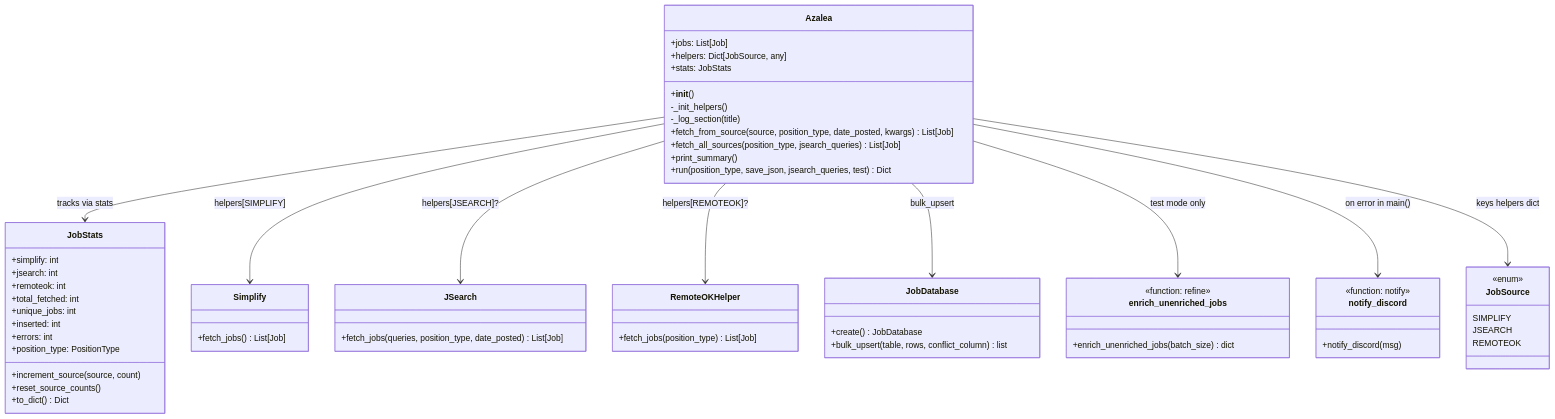
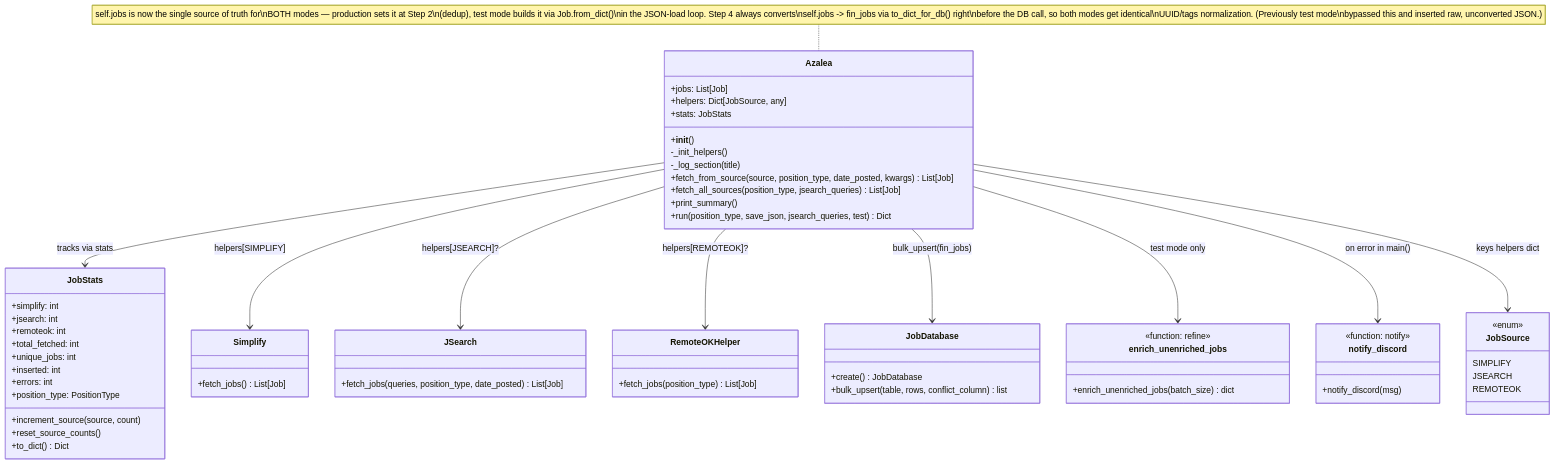
The diagram in docs/diagrams/azalea_class.md (AustinDwomoh/libra), drawn with Mermaid before and after one commit. The commit also changed 6 other files, not shown here.

````diff
--- a/docs/diagrams/azalea_class.md
+++ b/docs/diagrams/azalea_class.md
@@ -1,74 +1,75 @@
 ```mermaid
 %% classDiagram — Azalea structure and relationships
 classDiagram
     class Azalea {
         +jobs: List[Job]
         +helpers: Dict[JobSource, any]
         +stats: JobStats
         +__init__()
         -_init_helpers()
         -_log_section(title)
         +fetch_from_source(source, position_type, date_posted, kwargs) List[Job]
         +fetch_all_sources(position_type, jsearch_queries) List[Job]
         +print_summary()
         +run(position_type, save_json, jsearch_queries, test) Dict
     }
 
     class JobStats {
         +simplify: int
         +jsearch: int
         +remoteok: int
         +total_fetched: int
         +unique_jobs: int
         +inserted: int
         +errors: int
         +position_type: PositionType
         +increment_source(source, count)
         +reset_source_counts()
         +to_dict() Dict
     }
 
     class Simplify {
         +fetch_jobs() List[Job]
     }
 
     class JSearch {
         +fetch_jobs(queries, position_type, date_posted) List[Job]
     }
 
     class RemoteOKHelper {
         +fetch_jobs(position_type) List[Job]
     }
 
     class JobDatabase {
         +create() JobDatabase
         +bulk_upsert(table, rows, conflict_column) list
     }
 
     class enrich_unenriched_jobs {
         <<function: refine>>
         +enrich_unenriched_jobs(batch_size) dict
     }
 
     class notify_discord {
         <<function: notify>>
         +notify_discord(msg)
     }
 
     class JobSource {
         <<enum>>
         SIMPLIFY
         JSEARCH
         REMOTEOK
     }
 
     Azalea --> JobStats : tracks via stats
     Azalea --> Simplify : helpers[SIMPLIFY]
     Azalea --> JSearch : helpers[JSEARCH]?
     Azalea --> RemoteOKHelper : helpers[REMOTEOK]?
-    Azalea --> JobDatabase : bulk_upsert
+    Azalea --> JobDatabase : bulk_upsert(fin_jobs)
     Azalea --> enrich_unenriched_jobs : test mode only
     Azalea --> notify_discord : on error in main()
     Azalea --> JobSource : keys helpers dict
 
+    note for Azalea "self.jobs is now the single source of truth for\nBOTH modes — production sets it at Step 2\n(dedup), test mode builds it via Job.from_dict()\nin the JSON-load loop. Step 4 always converts\nself.jobs -> fin_jobs via to_dict_for_db() right\nbefore the DB call, so both modes get identical\nUUID/tags normalization. (Previously test mode\nbypassed this and inserted raw, unconverted JSON.)"
 ```
````
